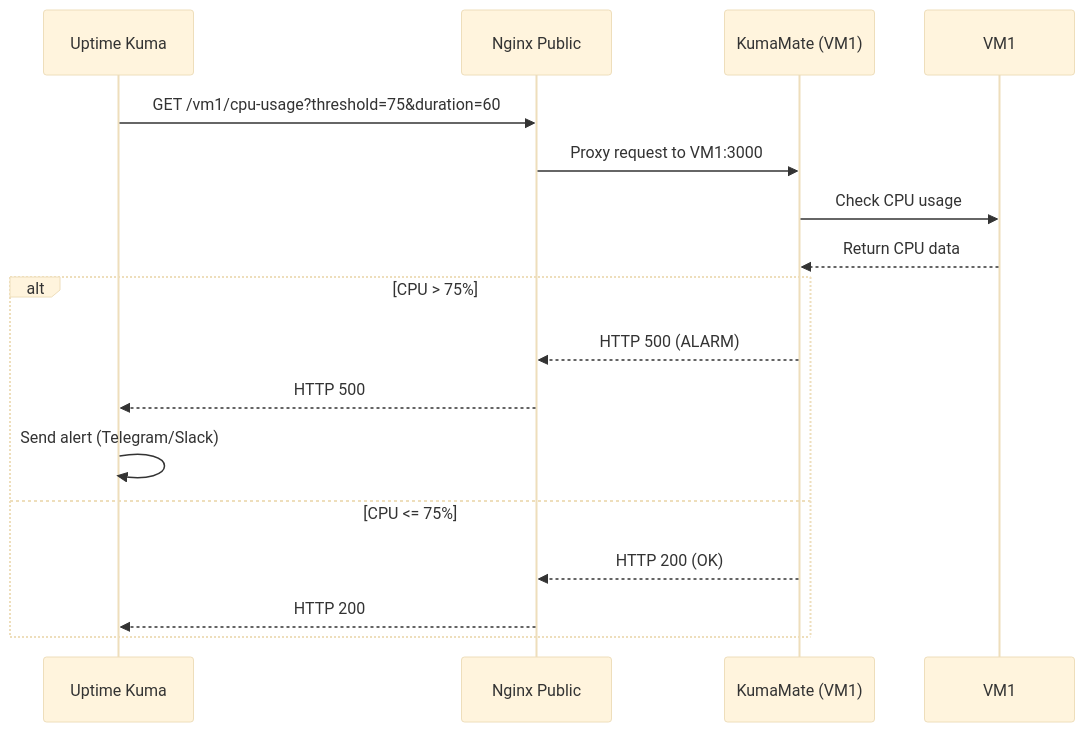
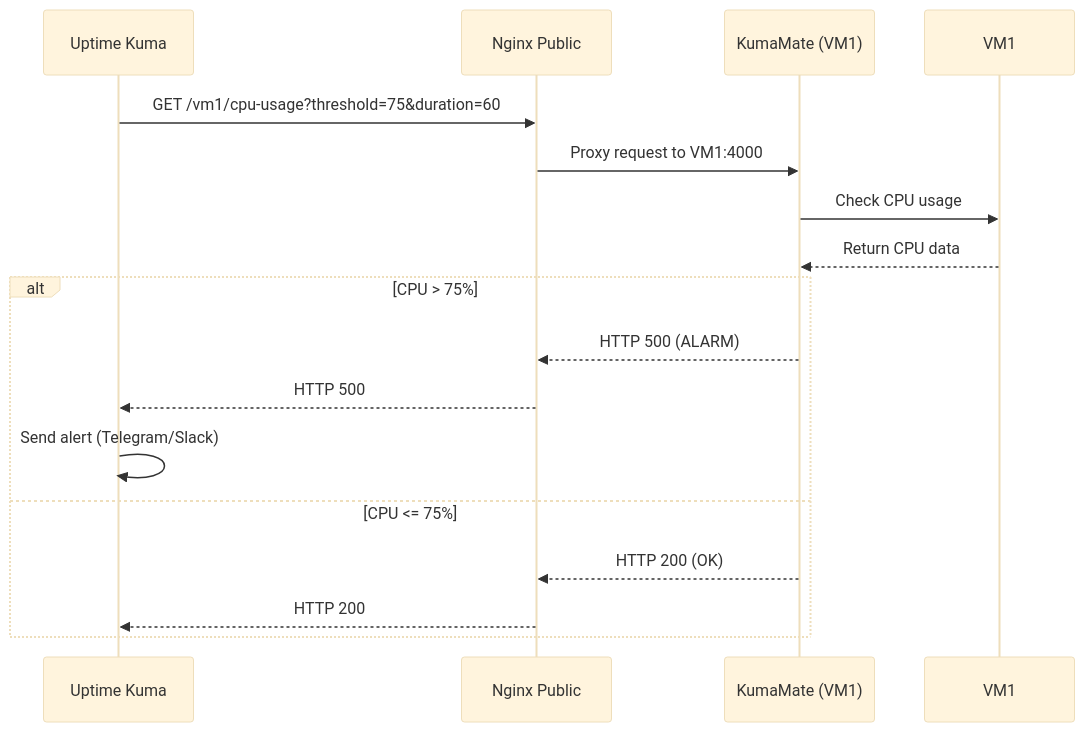
The diagram in README.md (hydrabyte-co/kuma-mate), drawn with Mermaid (base theme) before and after one commit. The commit also changed other lines of this file, not shown here.

````diff
--- a/README.md
+++ b/README.md
@@ -18,20 +20,20 @@
 ```mermaid
 sequenceDiagram
     participant U as Uptime Kuma
     participant N as Nginx Public
     participant K as KumaMate (VM1)
     participant V as VM1
 
     U->>N: GET /vm1/cpu-usage?threshold=75&duration=60
-    N->>K: Proxy request to VM1:3000
+    N->>K: Proxy request to VM1:4000
     K->>V: Check CPU usage
     V-->>K: Return CPU data
     alt CPU > 75%
         K-->>N: HTTP 500 (ALARM)
         N-->>U: HTTP 500
         U->>U: Send alert (Telegram/Slack)
     else CPU <= 75%
         K-->>N: HTTP 200 (OK)
         N-->>U: HTTP 200
     end
 ```
````
